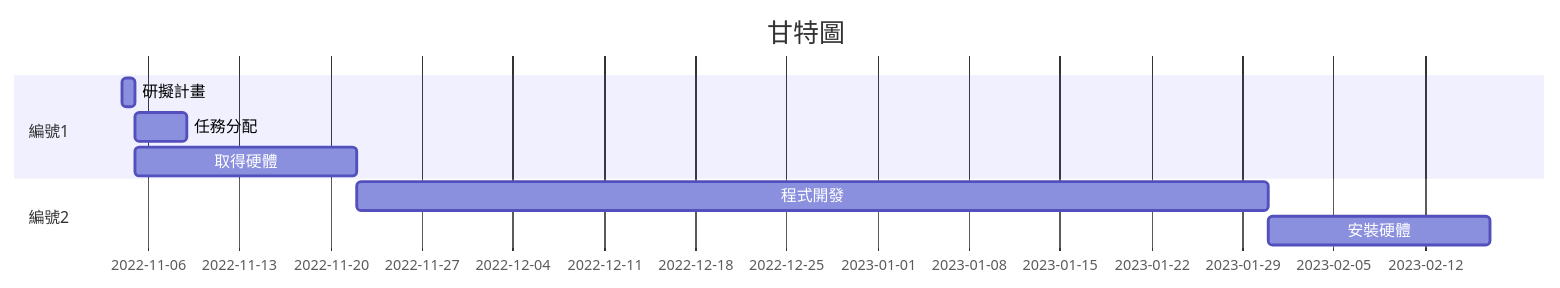
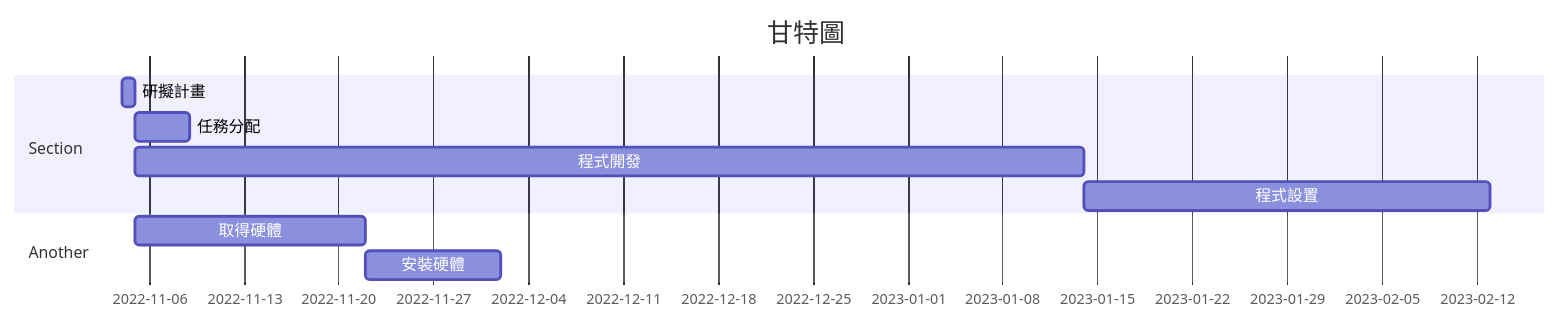
One commit to C109118256/C109118256 changed the diagram in hw2.md. Above: the diagram before and after it, drawn with Mermaid.

````diff
--- a/hw2.md
+++ b/hw2.md
@@ -1,18 +1,14 @@
 ```mermaid
 gantt
     title 甘特圖
 
-    section 編號1
+    section Section
     研擬計畫           :a1, 2022-11-04, 1d
     任務分配           :after a1  , 4d
-    取得硬體           :after a1  , 17d
-    section 編號2
-    程式開發           :a2, 2022-11-22  , 70d
-    安裝硬體           :after a2  , 17d
-    section 編號3
-    
-    section 編號4
-    
-    
+    程式開發           :a2, after a1  , 70d
+    程式設置           :a4, after a2  , 30d
+    section Another
+    取得硬體           :a3, after a1  , 17d
+    安裝硬體           :after a3  , 10d
     
 ```
````
